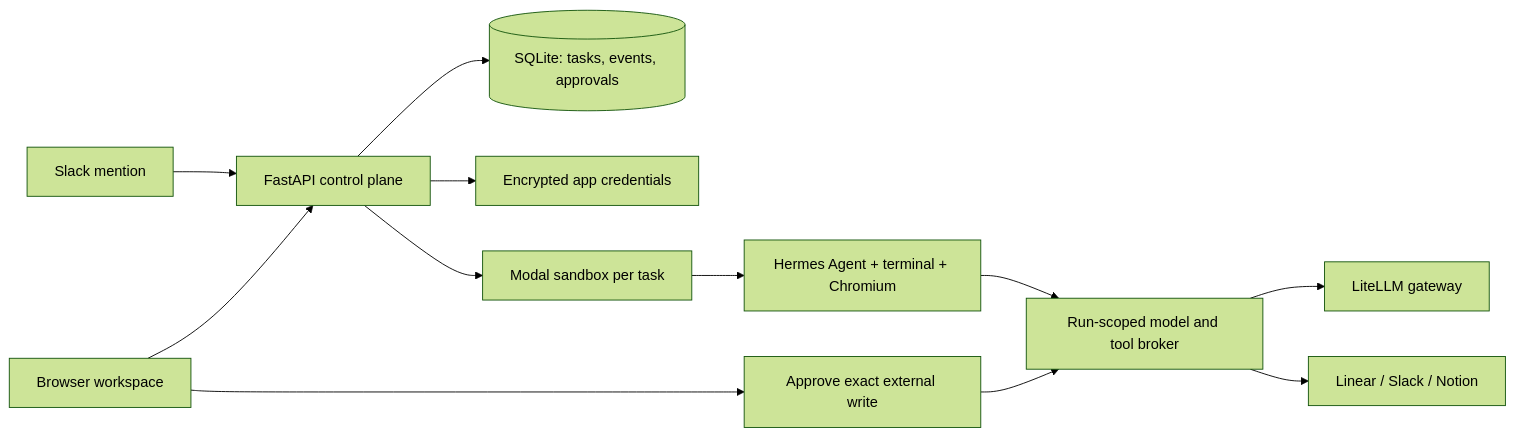
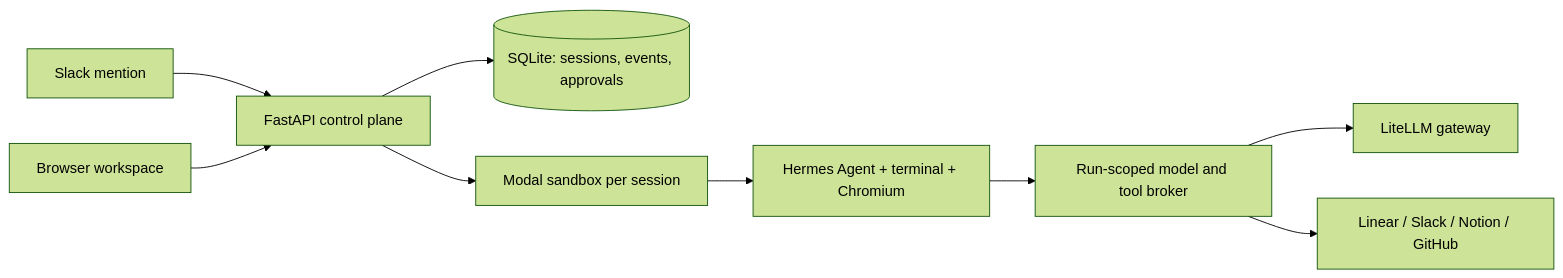
Before and after one commit to Aditya8840/moyai: the diagram in README.md, drawn with Mermaid (forest theme). The commit also changed other lines of this file, not shown here.

Commit message:
docs: trim README to overview, architecture, and getting started

````diff
--- a/README.md
+++ b/README.md
@@ -533,14 +9,11 @@
 ```mermaid
 flowchart LR
   S[Slack mention] --> C[FastAPI control plane]
   U[Browser workspace] --> C
-  C --> D[(SQLite: tasks, events, approvals)]
-  C --> V[Encrypted app credentials]
-  C --> M[Modal sandbox per task]
+  C --> D[(SQLite: sessions, events, approvals)]
+  C --> M[Modal sandbox per session]
   M --> H[Hermes Agent + terminal + Chromium]
   H --> B[Run-scoped model and tool broker]
   B --> L[LiteLLM gateway]
-  B --> A[Linear / Slack / Notion]
-  U --> P[Approve exact external write]
-  P --> B
+  B --> A[Linear / Slack / Notion / GitHub]
 ```
````
